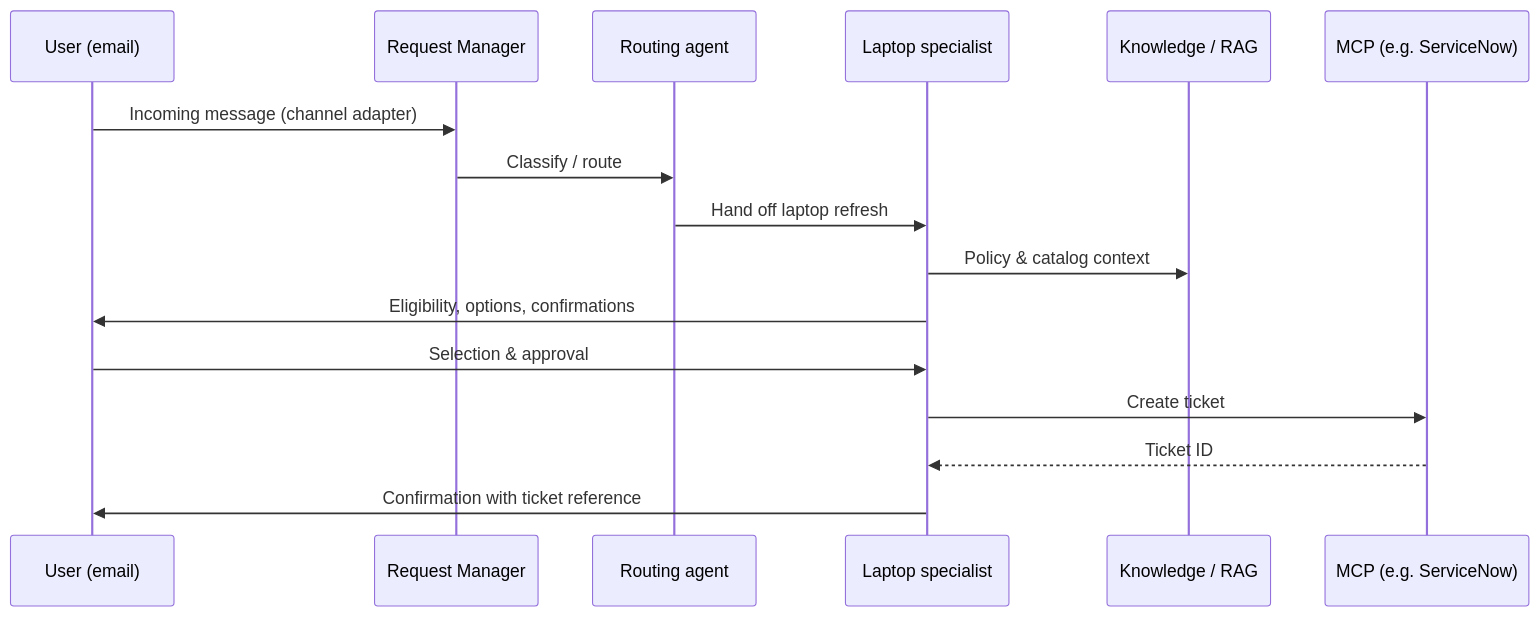
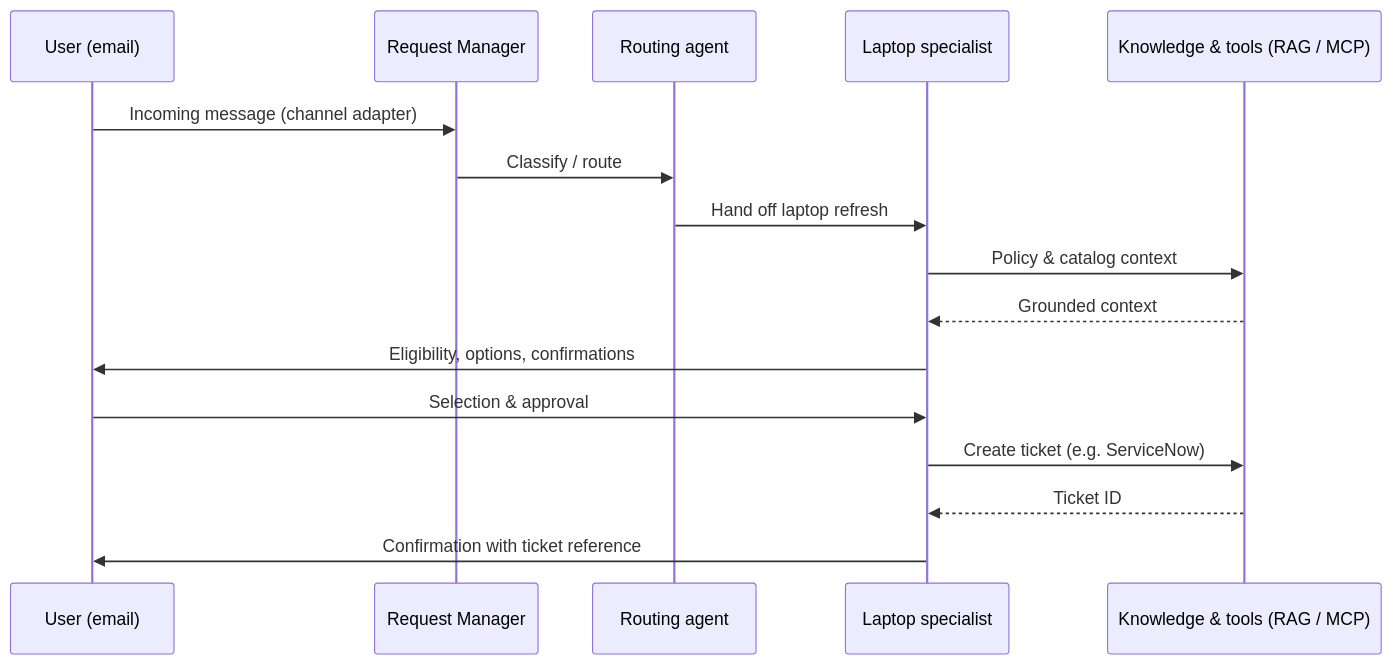
The diagram in content/modules/ROOT/pages/01-overview.adoc (tchughesiv/showroom-ai-quickstart-it-self-service-agent), drawn with Mermaid before and after one commit. The commit also changed other lines of this file and 17 other files, not shown here.

```diff
--- a/content/modules/ROOT/pages/01-overview.adoc
+++ b/content/modules/ROOT/pages/01-overview.adoc
@@ -113,20 +111,20 @@
-[mermaid]
+[mermaid,width=100%]
 ....
 sequenceDiagram
     participant U as User (email)
     participant RM as Request Manager
     participant RA as Routing agent
     participant SA as Laptop specialist
-    participant KB as Knowledge / RAG
-    participant MCP as MCP (e.g. ServiceNow)
+    participant KT as Knowledge & tools (RAG / MCP)
 
     U->>RM: Incoming message (channel adapter)
     RM->>RA: Classify / route
     RA->>SA: Hand off laptop refresh
-    SA->>KB: Policy & catalog context
+    SA->>KT: Policy & catalog context
+    KT-->>SA: Grounded context
     SA->>U: Eligibility, options, confirmations
     U->>SA: Selection & approval
-    SA->>MCP: Create ticket
-    MCP-->>SA: Ticket ID
+    SA->>KT: Create ticket (e.g. ServiceNow)
+    KT-->>SA: Ticket ID
     SA->>U: Confirmation with ticket reference
 ....
```
